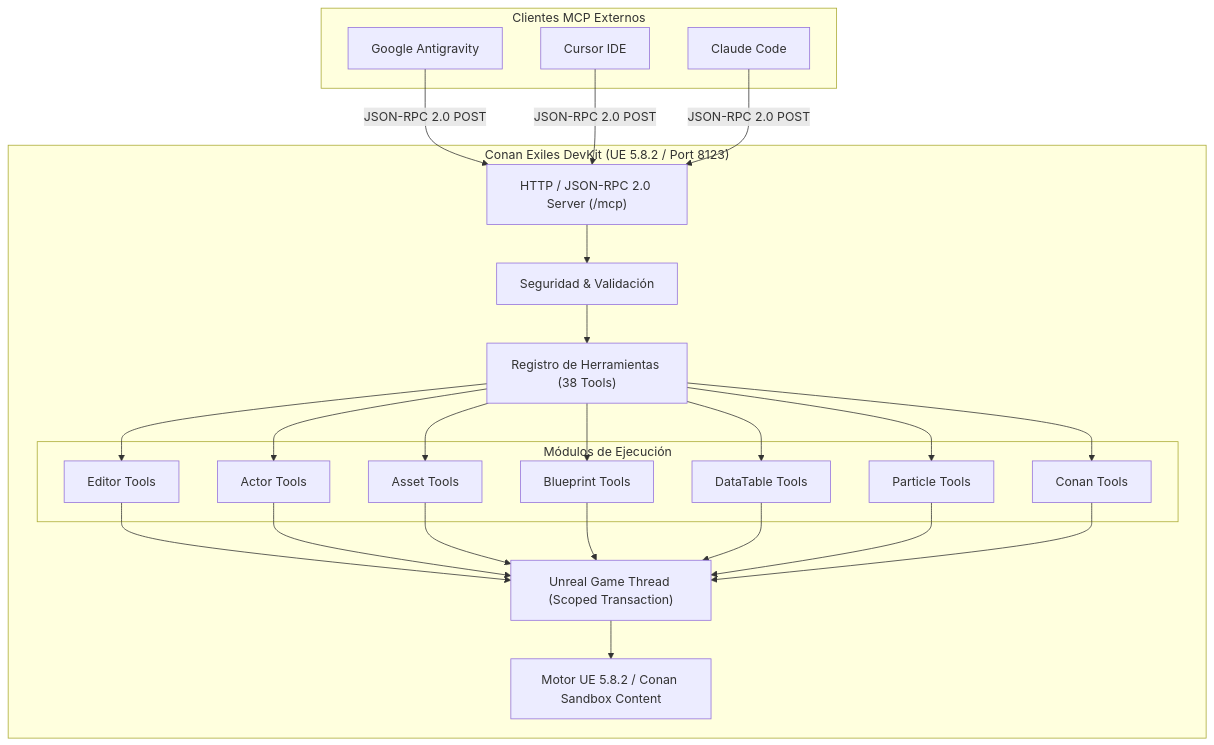
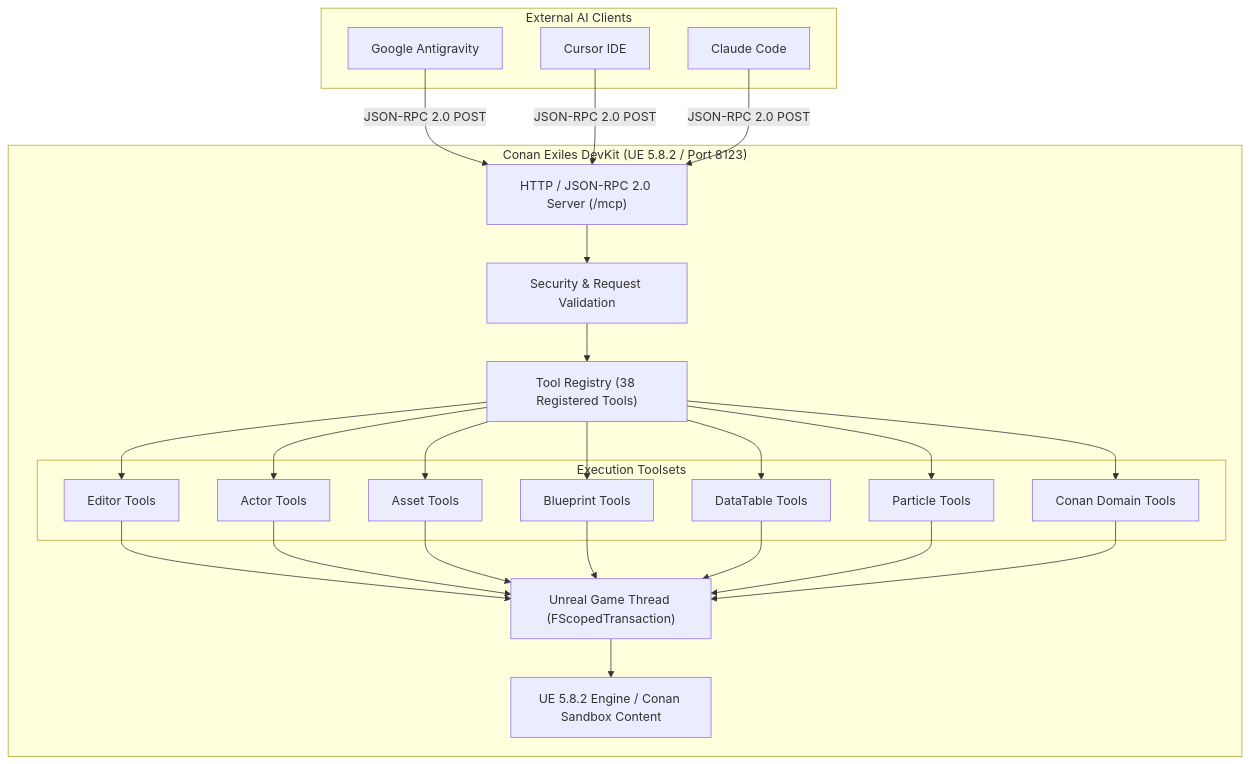
Before and after one commit to eneko3d-code/Conan-MCP: the diagram in README.md, drawn with Mermaid. The commit also changed other lines of this file, not shown here.

````diff
--- a/README.md
+++ b/README.md
@@ -160,35 +160,35 @@
 ```mermaid
 graph TD
-    subgraph "Clientes MCP Externos"
+    subgraph "External AI Clients"
         AG[Google Antigravity]
         CR[Cursor IDE]
         CC[Claude Code]
     end
 
     subgraph "Conan Exiles DevKit (UE 5.8.2 / Port 8123)"
         HTTP["HTTP / JSON-RPC 2.0 Server (/mcp)"]
-        AUTH["Seguridad & Validación"]
-        REG["Registro de Herramientas (38 Tools)"]
+        AUTH["Security & Request Validation"]
+        REG["Tool Registry (38 Registered Tools)"]
         
-        subgraph "Módulos de Ejecución"
+        subgraph "Execution Toolsets"
             ED[Editor Tools]
             AC[Actor Tools]
             AS[Asset Tools]
             BP[Blueprint Tools]
             DT[DataTable Tools]
             PT[Particle Tools]
-            CN[Conan Tools]
+            CN[Conan Domain Tools]
         end
         
-        GT["Unreal Game Thread (Scoped Transaction)"]
-        ENG["Motor UE 5.8.2 / Conan Sandbox Content"]
+        GT["Unreal Game Thread (FScopedTransaction)"]
+        ENG["UE 5.8.2 Engine / Conan Sandbox Content"]
     end
 
     AG -->|JSON-RPC 2.0 POST| HTTP
     CR -->|JSON-RPC 2.0 POST| HTTP
     CC -->|JSON-RPC 2.0 POST| HTTP
 
     HTTP --> AUTH --> REG
     REG --> ED & AC & AS & BP & DT & PT & CN
     ED & AC & AS & BP & DT & PT & CN --> GT --> ENG
 ```
````
